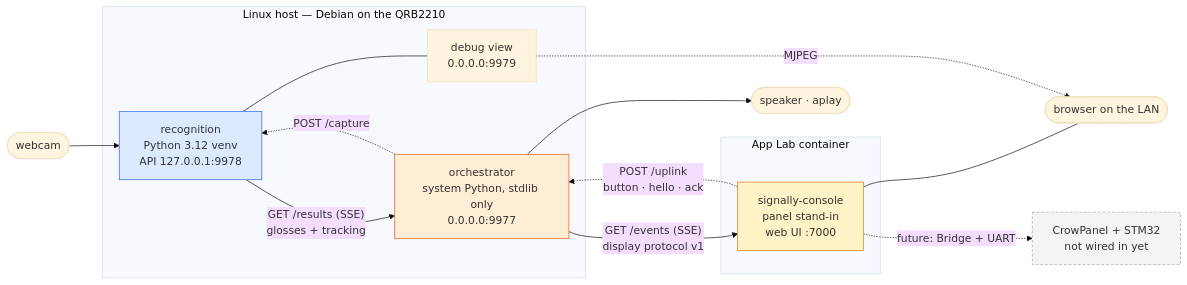
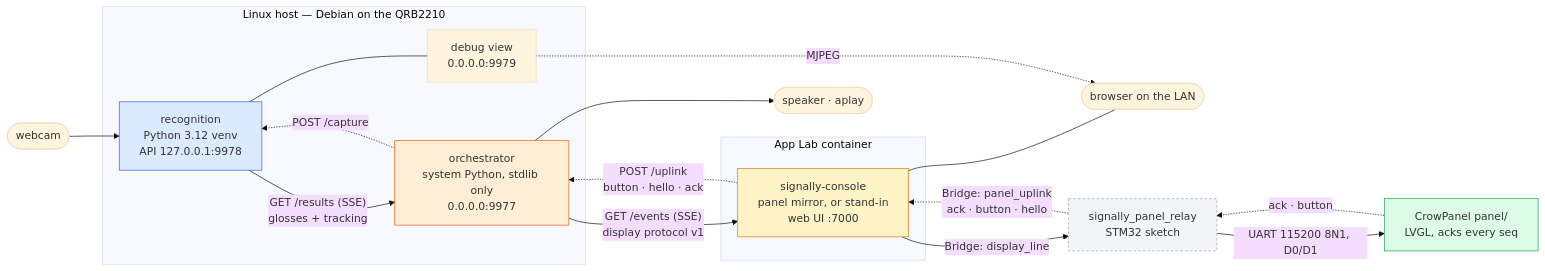
The first of 3 diagrams in docs/architecture.md (jbrathwa/SignAlly), drawn with Mermaid (base theme) before and after one commit. The commit also changed other lines of this file and 43 other files, not shown here.

Commit message:
feat(panel): bring the panel firmware in and drive it over a Bridge relay

````diff
--- a/docs/architecture.md
+++ b/docs/architecture.md
@@ -18,34 +18,39 @@
 ```mermaid
 flowchart LR
     CAM([webcam]) --> REC
 
     subgraph HOST["Linux host — Debian on the QRB2210"]
         REC["recognition<br/>Python 3.12 venv<br/>API 127.0.0.1:9978"]
         ORC["orchestrator<br/>system Python, stdlib only<br/>0.0.0.0:9977"]
         VIEW["debug view<br/>0.0.0.0:9979"]
         REC -->|"GET /results (SSE)<br/>glosses + tracking"| ORC
         ORC -.->|"POST /capture"| REC
         REC --- VIEW
     end
 
     subgraph BOX["App Lab container"]
-        CONS["signally-console<br/>panel stand-in<br/>web UI :7000"]
+        CONS["signally-console<br/>panel mirror, or stand-in<br/>web UI :7000"]
     end
 
     SPK([speaker · aplay])
     BROWSER([browser on the LAN])
 
     ORC --> SPK
     ORC -->|"GET /events (SSE)<br/>display protocol v1"| CONS
     CONS -.->|"POST /uplink<br/>button · hello · ack"| ORC
     CONS --- BROWSER
     VIEW -.->|"MJPEG"| BROWSER
 
-    PANEL["CrowPanel + STM32<br/>not wired in yet"]
-    CONS -.->|"future: Bridge + UART"| PANEL
+    RELAY["signally_panel_relay<br/>STM32 sketch"]
+    PANEL["CrowPanel panel/<br/>LVGL, acks every seq"]
+    CONS -->|"Bridge: display_line"| RELAY
+    RELAY -.->|"Bridge: panel_uplink<br/>ack · button · hello"| CONS
+    RELAY -->|"UART 115200 8N1, D0/D1"| PANEL
+    PANEL -.->|"ack · button"| RELAY
 
     style REC fill:#dbeafe,stroke:#2563eb
     style ORC fill:#ffedd5,stroke:#ea580c
     style CONS fill:#fef3c7,stroke:#d97706
-    style PANEL fill:#f3f4f6,stroke:#9ca3af,stroke-dasharray: 4 3
+    style RELAY fill:#f3f4f6,stroke:#9ca3af,stroke-dasharray: 4 3
+    style PANEL fill:#dcfce7,stroke:#16a34a
 ```
````
